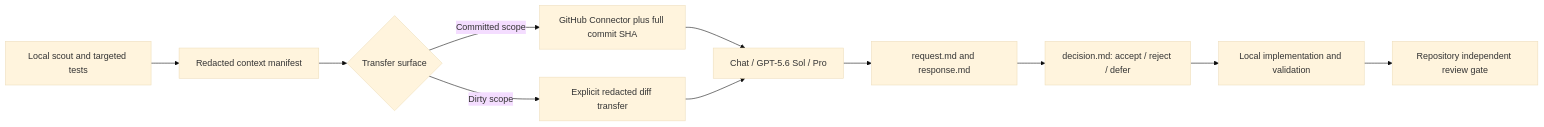
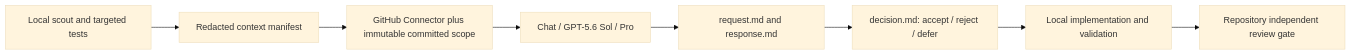
The diagram in sourcing-ai-agent/docs/CHATGPT_PRO_CONSULTATION_WORKFLOW.md (sorachang1874/Sourcing-AI-Agent-Dev), drawn with Mermaid (base theme) before and after one commit. The commit also changed other lines of this file and 8 other files, not shown here.

````diff
--- a/sourcing-ai-agent/docs/CHATGPT_PRO_CONSULTATION_WORKFLOW.md
+++ b/sourcing-ai-agent/docs/CHATGPT_PRO_CONSULTATION_WORKFLOW.md
@@ -29,13 +29,10 @@
 ```mermaid
 flowchart LR
   A["Local scout and targeted tests"] --> B["Redacted context manifest"]
-  B --> C{"Transfer surface"}
-  C -->|"Committed scope"| D["GitHub Connector plus full commit SHA"]
-  C -->|"Dirty scope"| E["Explicit redacted diff transfer"]
+  B --> D["GitHub Connector plus immutable committed scope"]
   D --> F["Chat / GPT-5.6 Sol / Pro"]
-  E --> F
   F --> G["request.md and response.md"]
   G --> H["decision.md: accept / reject / defer"]
   H --> I["Local implementation and validation"]
   I --> J["Repository independent review gate"]
 ```
````
